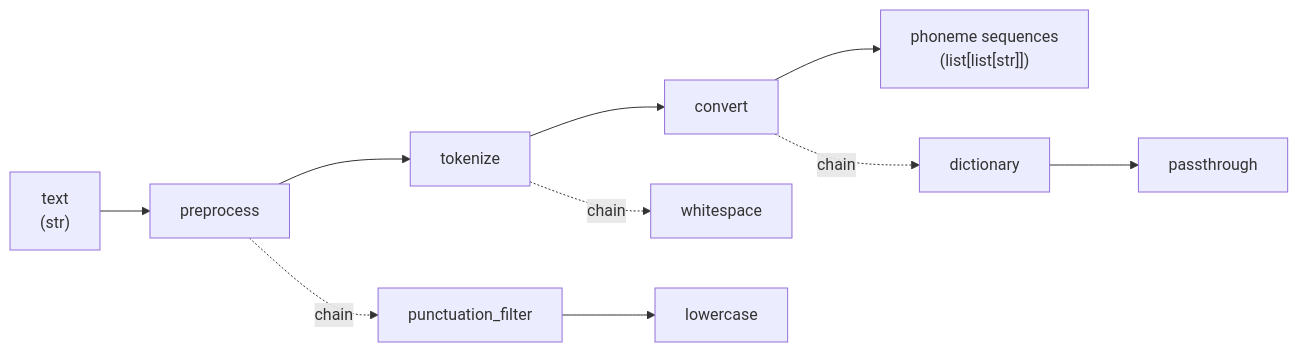
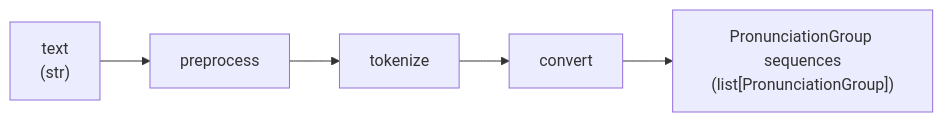
The diagram in docs/G2P.md (Xiantaidu/TIFA), drawn with Mermaid before and after one commit. The commit also changed other lines of this file, not shown here.

````diff
--- a/docs/G2P.md
+++ b/docs/G2P.md
@@ -7,11 +7,7 @@
 ```mermaid
 flowchart LR
     Text["text<br/>(str)"] --> PP[preprocess]
     PP --> Tok[tokenize]
     Tok --> Conv[convert]
-    Conv --> Ph["phoneme sequences<br/>(list[list[str]])"]
-
-    PP -.->|chain| PP1[punctuation_filter] --> PP2[lowercase]
-    Tok -.->|chain| Tok1[whitespace]
-    Conv -.->|chain| C1[dictionary] --> C2[passthrough]
+    Conv --> Ph["PronunciationGroup sequences<br/>(list[PronunciationGroup])"]
 ```
````
